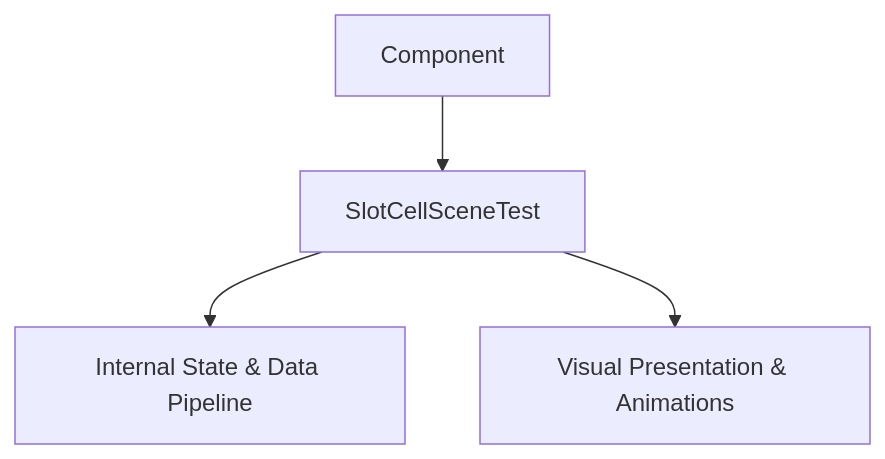
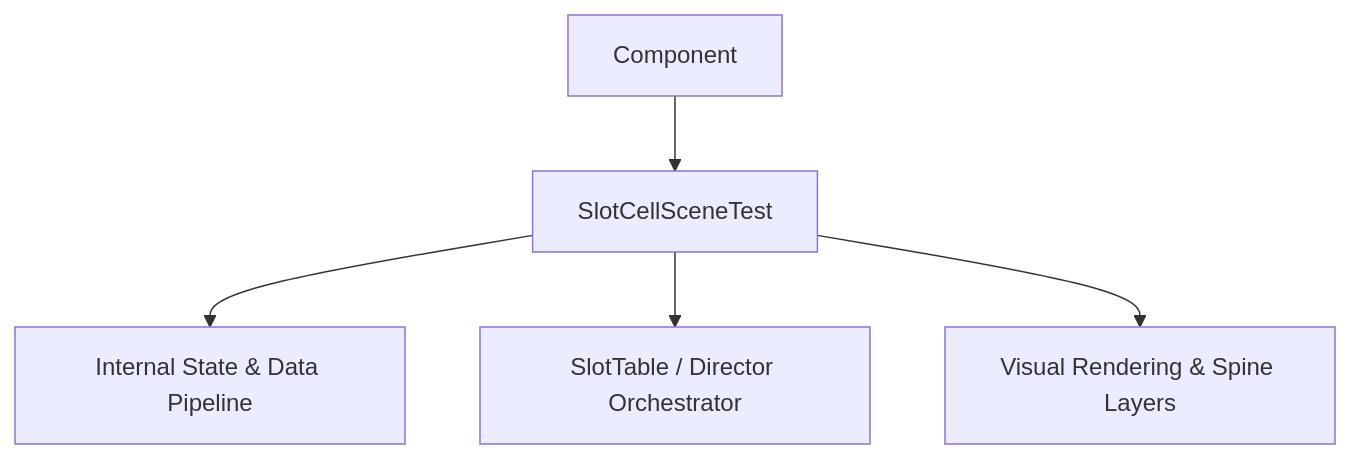
One commit to lam-ark/mcp-fwcc changed the diagram in docs/cc_slot_mechanics/modules/SlotCellSceneTest/01_overview/01_architecture_and_role.md. Above: the diagram before and after it, drawn with Mermaid. The commit also changed other lines of this file and 2509 other files, not shown here.

````diff
--- a/docs/cc_slot_mechanics/modules/SlotCellSceneTest/01_overview/01_architecture_and_role.md
+++ b/docs/cc_slot_mechanics/modules/SlotCellSceneTest/01_overview/01_architecture_and_role.md
@@ -18,6 +24,7 @@
 ```mermaid
 graph TD
-    Parent[Component] --> Mod[SlotCellSceneTest]
-    Mod --> State[Internal State & Data Pipeline]
-    Mod --> Render[Visual Presentation & Animations]
+    SuperClass[Component] --> TargetClass[SlotCellSceneTest]
+    TargetClass --> DataPipeline[Internal State & Data Pipeline]
+    TargetClass --> Orchestrator[SlotTable / Director Orchestrator]
+    TargetClass --> ViewLayer[Visual Rendering & Spine Layers]
 ```
````
